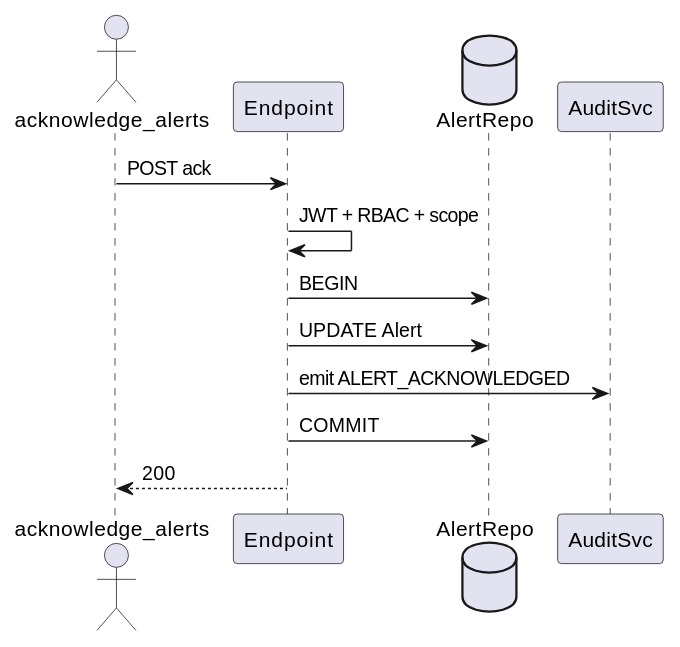
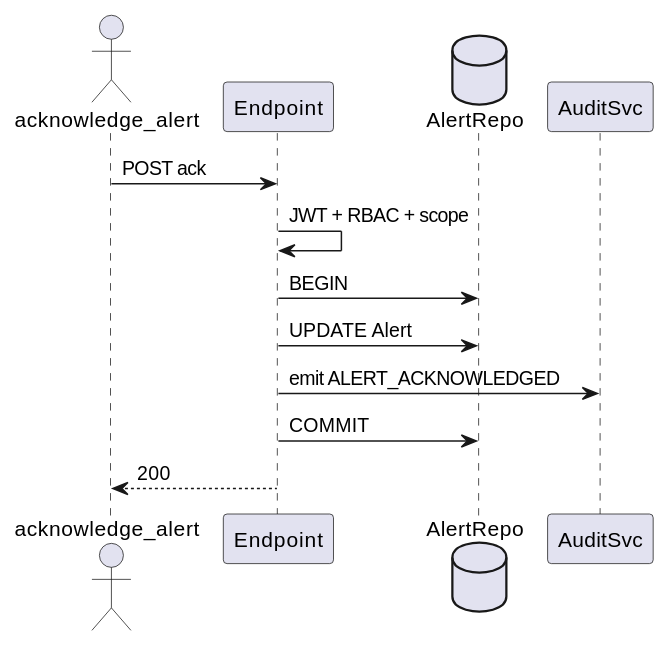
The fourth of 4 diagrams in source/requisitos/casos-uso/alerts/uc-alr-03/diagramas-uml.rst (jcg-admin/IACT-docs), drawn with PlantUML before and after one commit. The commit also changed other lines of this file and 157 other files, not shown here.

First line of the commit message:
Enforce catalog function names across all diagrams

```diff
--- a/source/requisitos/casos-uso/alerts/uc-alr-03/diagramas-uml.rst
+++ b/source/requisitos/casos-uso/alerts/uc-alr-03/diagramas-uml.rst
@@ -65,16 +65,16 @@
 .. uml::
 
  @startuml
- actor "acknowledge_alerts" as S
+ actor "acknowledge_alert" as S
  participant "Endpoint" as E
  database "AlertRepo" as A
  participant "AuditSvc" as AU
 
  S -> E: POST ack
  E -> E: JWT + RBAC + scope
  E -> A: BEGIN
  E -> A: UPDATE Alert
  E -> AU: emit ALERT_ACKNOWLEDGED
  E -> A: COMMIT
  E --> S: 200
  @enduml
```
